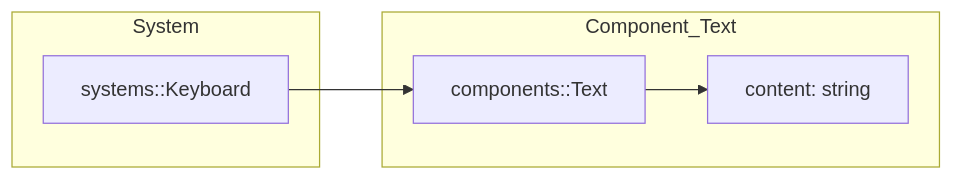
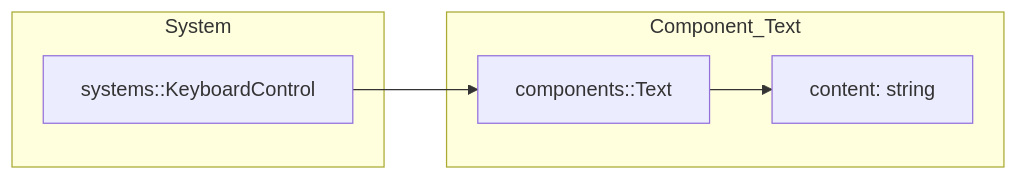
The third of 6 diagrams in docs/ECS.md (etib-corp/guillaume), drawn with Mermaid before and after one commit. The commit also changed other lines of this file and 16 other files, not shown here.

Commit message:
Fix: Add new systems TextInput and KeyboardControl for easily support all keyboard input type

````diff
--- a/docs/ECS.md
+++ b/docs/ECS.md
@@ -105,14 +105,14 @@
 ```mermaid
 flowchart LR
   subgraph System
-    SysKeyboard["systems::Keyboard"]
+    SysKeyboardControl["systems::KeyboardControl"]
   end
 
   subgraph Component_Text
     CompText["components::Text"]
     CompTextAttr1["content: string"]
     CompText --> CompTextAttr1
   end
 
-  SysKeyboard --> CompText
+  SysKeyboardControl --> CompText
 ```
````
